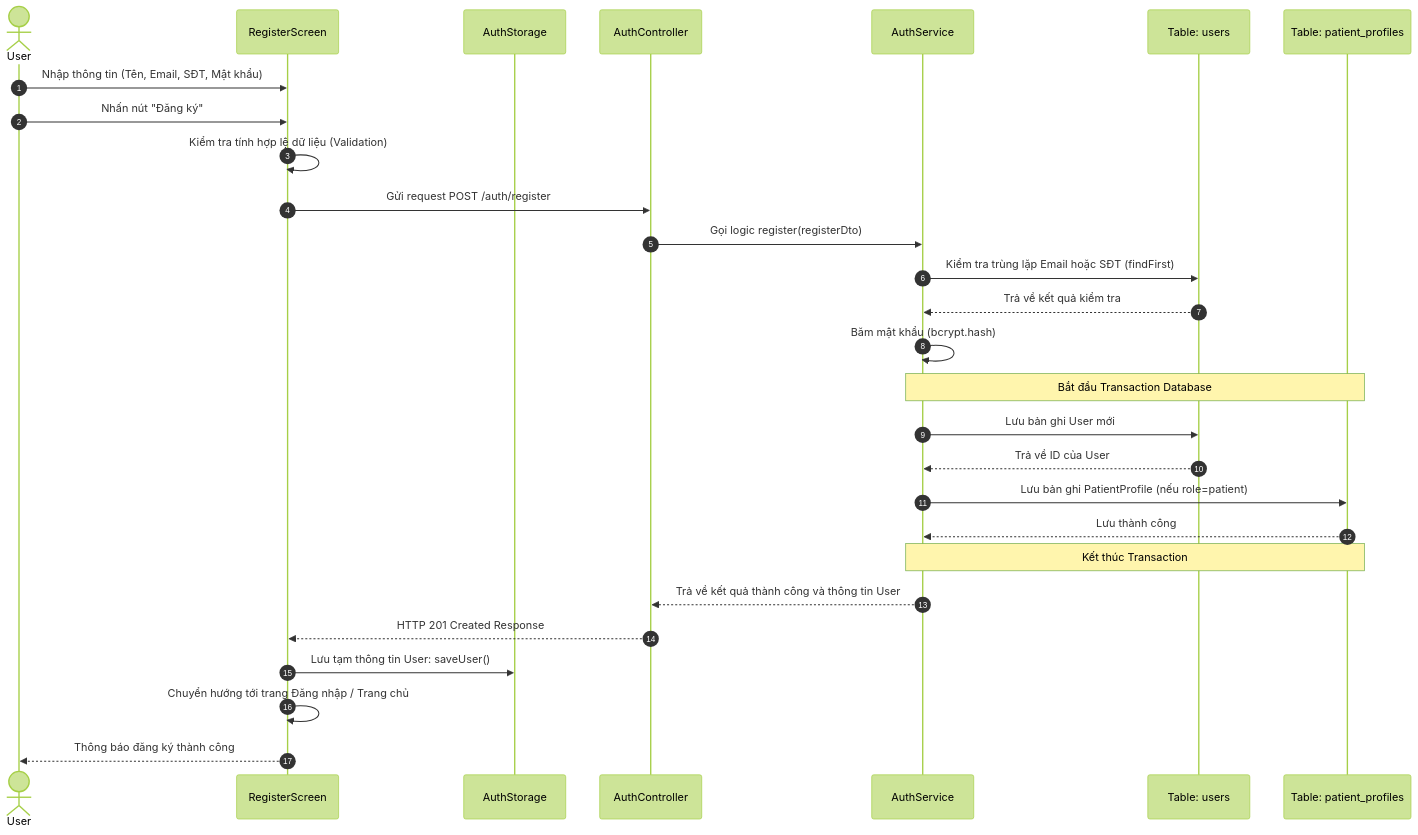
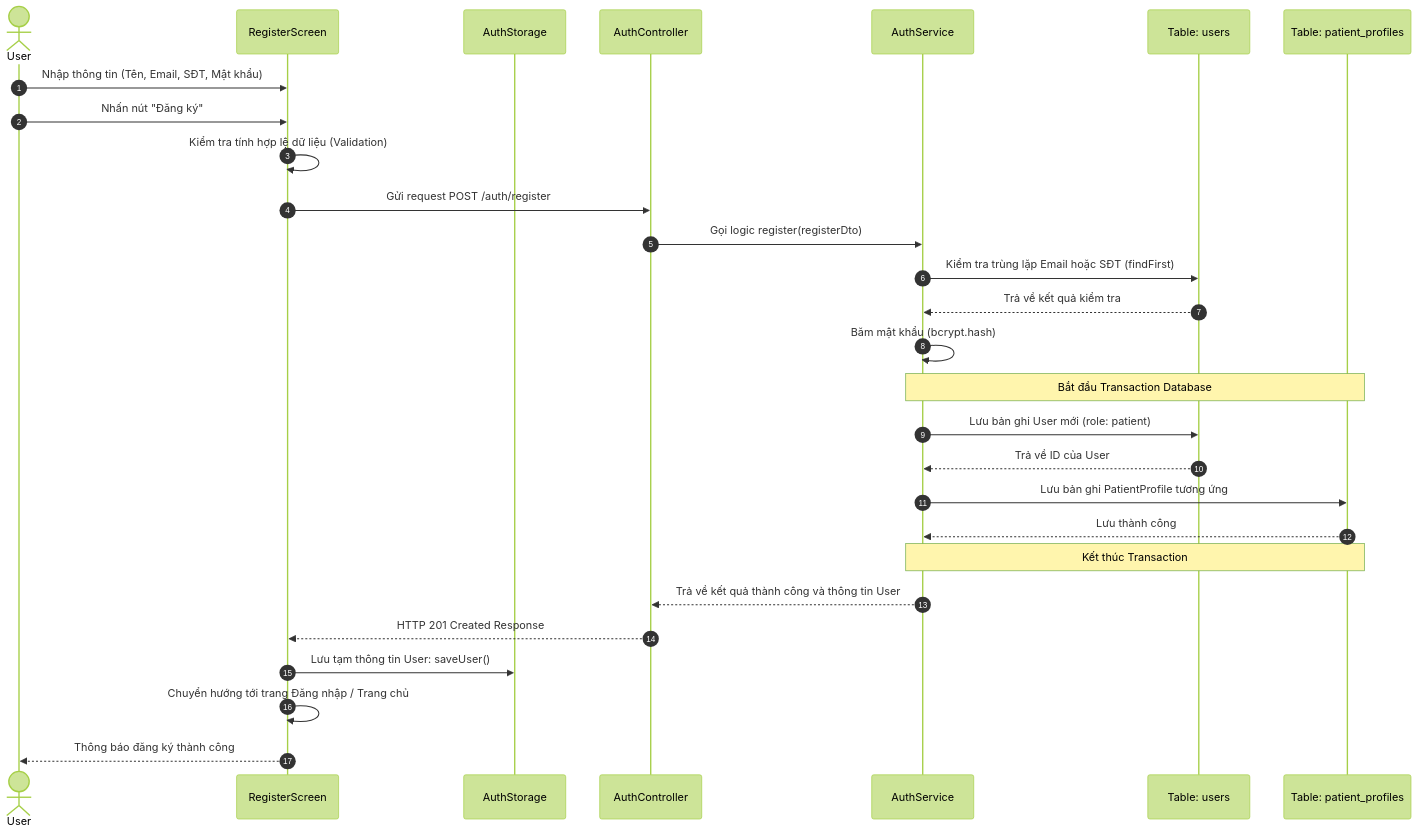
One commit to baosatboiz/asd changed the diagram in README.md. Above: the diagram before and after it, drawn with Mermaid (forest theme). The commit also changed other lines of this file, not shown here.

````diff
--- a/README.md
+++ b/README.md
@@ -5,43 +5,43 @@
 ```mermaid
 sequenceDiagram
     autonumber
     actor User as User
     participant RegisterScreen as RegisterScreen
     participant AuthStorage as AuthStorage
     participant AuthController as AuthController
     participant AuthService as AuthService
     participant TableUser as Table: users
     participant TablePatientProfile as Table: patient_profiles
 
     User->>RegisterScreen: Nhập thông tin (Tên, Email, SĐT, Mật khẩu)
     User->>RegisterScreen: Nhấn nút "Đăng ký"
     
     RegisterScreen->>RegisterScreen: Kiểm tra tính hợp lệ dữ liệu (Validation)
     
     RegisterScreen->>AuthController: Gửi request POST /auth/register
     
     AuthController->>AuthService: Gọi logic register(registerDto)
     
     AuthService->>TableUser: Kiểm tra trùng lặp Email hoặc SĐT (findFirst)
     TableUser-->>AuthService: Trả về kết quả kiểm tra
     
     AuthService->>AuthService: Băm mật khẩu (bcrypt.hash)
     
     Note over AuthService,TablePatientProfile: Bắt đầu Transaction Database
     
-    AuthService->>TableUser: Lưu bản ghi User mới
+    AuthService->>TableUser: Lưu bản ghi User mới (role: patient)
     TableUser-->>AuthService: Trả về ID của User
     
-    AuthService->>TablePatientProfile: Lưu bản ghi PatientProfile (nếu role=patient)
+    AuthService->>TablePatientProfile: Lưu bản ghi PatientProfile tương ứng
     TablePatientProfile-->>AuthService: Lưu thành công
     
     Note over AuthService,TablePatientProfile: Kết thúc Transaction
     
     AuthService-->>AuthController: Trả về kết quả thành công và thông tin User
     AuthController-->>RegisterScreen: HTTP 201 Created Response
     
     RegisterScreen->>AuthStorage: Lưu tạm thông tin User: saveUser()
     
     RegisterScreen->>RegisterScreen: Chuyển hướng tới trang Đăng nhập / Trang chủ
     RegisterScreen-->>User: Thông báo đăng ký thành công
 ```
````
